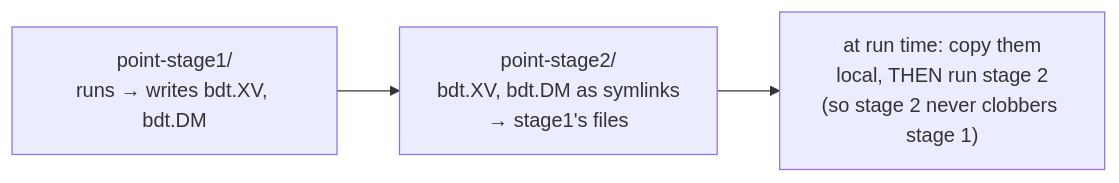
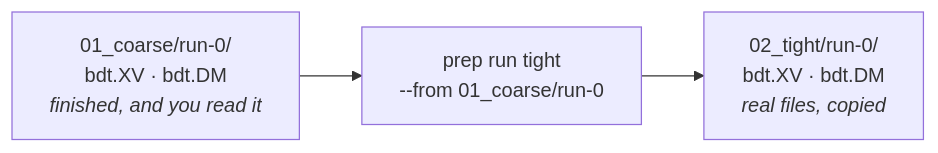
One commit to Qing-LAB/molbuilder changed the sixth of 9 diagrams in docs/execution/job-system.md. Above: the diagram before and after it, drawn with Mermaid. The commit also changed other lines of this file and 5 other files, not shown here.

First line of the commit message:
docs(execution+ops): systematic cross-check -- four broken references, one live diagram of a deleted mechanism

````diff
--- a/docs/execution/job-system.md
+++ b/docs/execution/job-system.md
@@ -647,7 +643,7 @@
 ```mermaid
 flowchart LR
-    S1["point-stage1/<br/>runs → writes bdt.XV, bdt.DM"]
-    L["point-stage2/<br/>bdt.XV, bdt.DM as symlinks<br/>→ stage1's files"]
-    C["at run time: copy them<br/>local, THEN run stage 2<br/>(so stage 2 never clobbers stage 1)"]
-    S1 --> L --> C
+    A["01_coarse/run-0/<br/>bdt.XV · bdt.DM<br/><i>finished, and you read it</i>"]
+    P["prep run tight<br/>--from 01_coarse/run-0"]
+    B["02_tight/run-0/<br/>bdt.XV · bdt.DM<br/><i>real files, copied</i>"]
+    A --> P --> B
 ```
````
